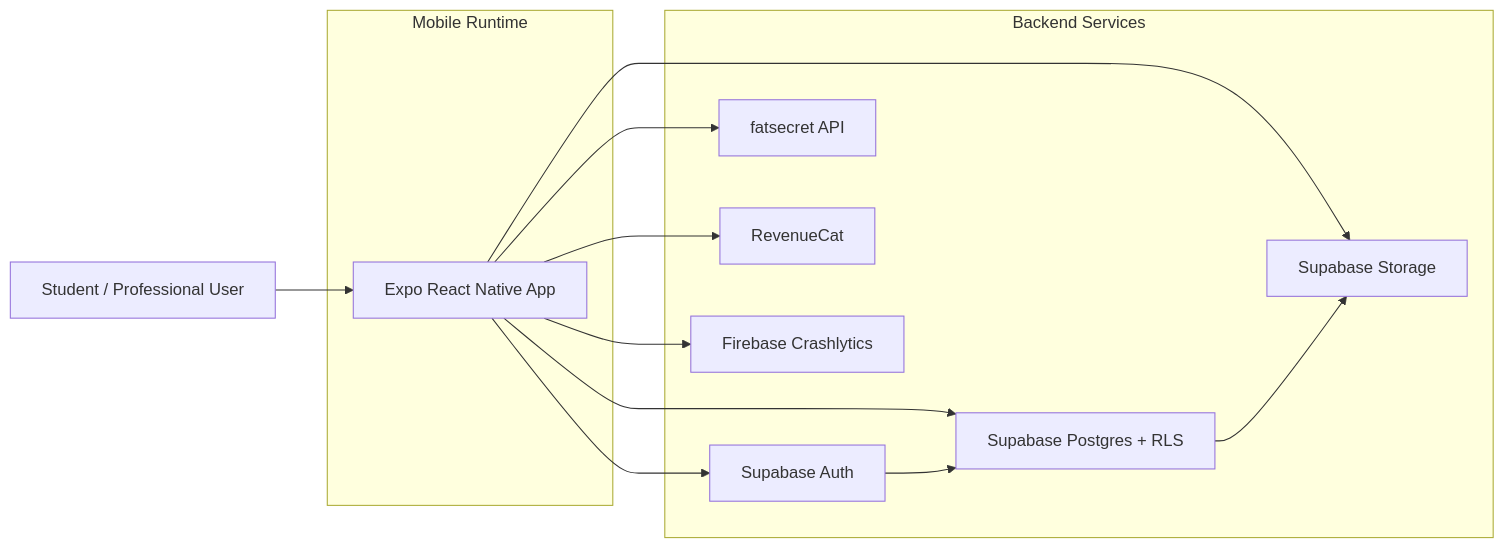
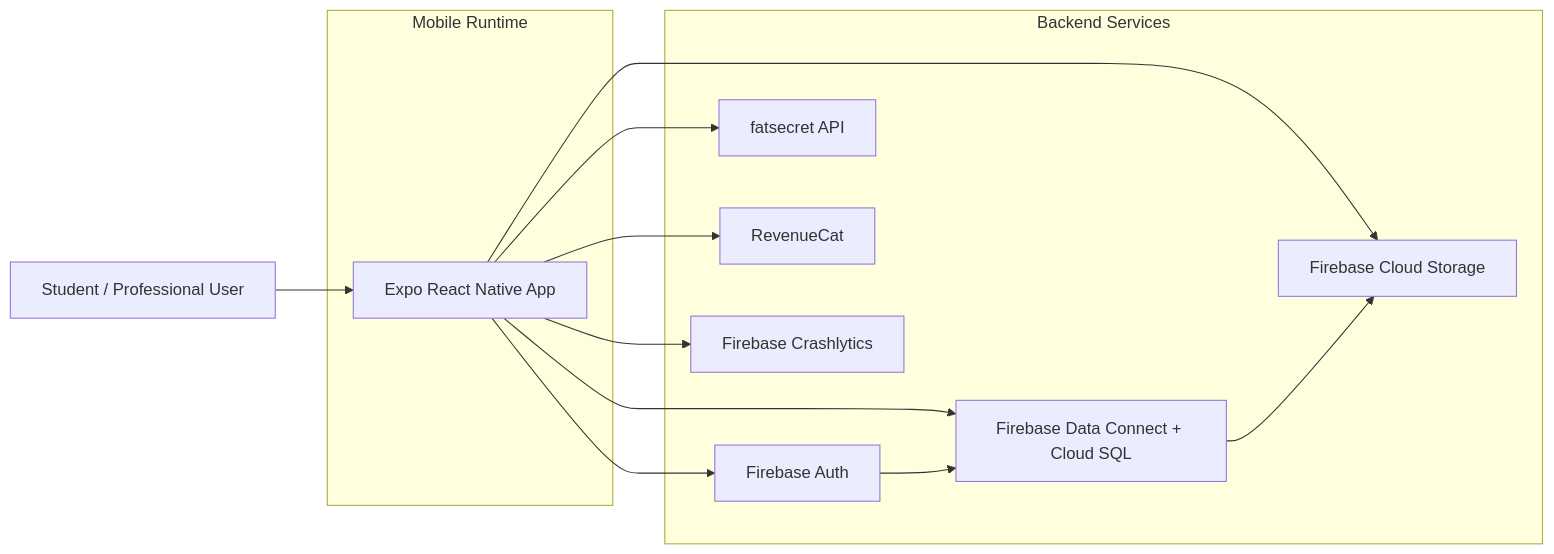
The diagram in docs/diagrams/mobile-stack-high-level-v1.md (edufelip/MyChampions), drawn with Mermaid before and after one commit. The commit also changed 18 other files, not shown here.

Commit message:
docs: update firebase data-connect and auth wiring specs

````diff
--- a/docs/diagrams/mobile-stack-high-level-v1.md
+++ b/docs/diagrams/mobile-stack-high-level-v1.md
@@ -3,27 +3,27 @@
 ```mermaid
 flowchart LR
   U[Student / Professional User] --> A[Expo React Native App]
 
-  A --> B[Supabase Auth]
-  A --> C[Supabase Postgres + RLS]
-  A --> D[Supabase Storage]
+  A --> B[Firebase Auth]
+  A --> C[Firebase Data Connect + Cloud SQL]
+  A --> D[Firebase Cloud Storage]
   A --> E[fatsecret API]
   A --> F[RevenueCat]
   A --> G[Firebase Crashlytics]
 
   B --> C
   C --> D
 
   subgraph Mobile Runtime
     A
   end
 
   subgraph Backend Services
     B
     C
     D
     E
     F
     G
   end
 ```
````
